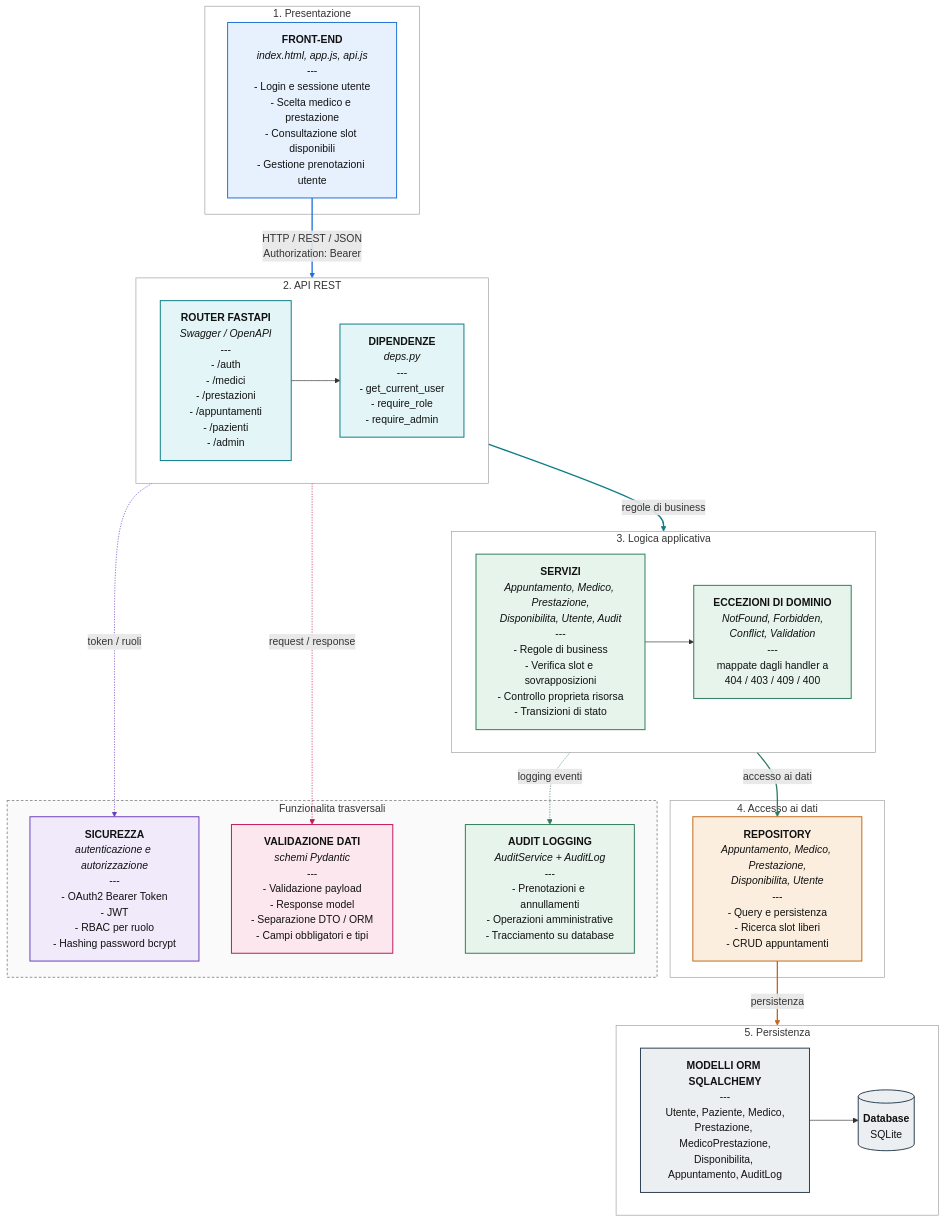
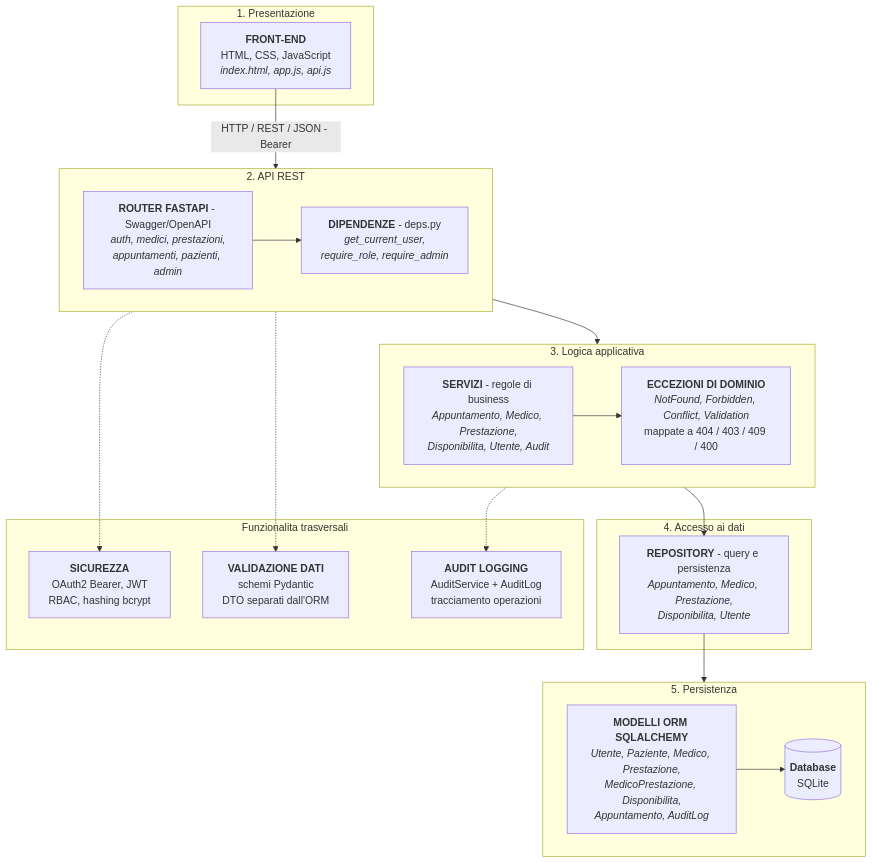
Before and after one commit to giovannicarrino-2802/PW16: the diagram in poliambulatorio-prenotazioni/docs/architettura.md, drawn with Mermaid.

````diff
--- a/poliambulatorio-prenotazioni/docs/architettura.md
+++ b/poliambulatorio-prenotazioni/docs/architettura.md
@@ -5,80 +5,47 @@
 ```mermaid
 flowchart TB
 
     subgraph L1["1. Presentazione"]
-        FE["<b>FRONT-END</b><br/><i>index.html, app.js, api.js</i><br/>---<br/>- Login e sessione utente<br/>- Scelta medico e prestazione<br/>- Consultazione slot disponibili<br/>- Gestione prenotazioni utente"]
+        FE["<b>FRONT-END</b><br/>HTML, CSS, JavaScript<br/><i>index.html, app.js, api.js</i>"]
     end
 
     subgraph L2["2. API REST"]
         direction LR
-        RT["<b>ROUTER FASTAPI</b><br/><i>Swagger / OpenAPI</i><br/>---<br/>- /auth<br/>- /medici<br/>- /prestazioni<br/>- /appuntamenti<br/>- /pazienti<br/>- /admin"]
-        DEP["<b>DIPENDENZE</b><br/><i>deps.py</i><br/>---<br/>- get_current_user<br/>- require_role<br/>- require_admin"]
+        RT["<b>ROUTER FASTAPI</b> - Swagger/OpenAPI<br/><i>auth, medici, prestazioni,<br/>appuntamenti, pazienti, admin</i>"]
+        DEP["<b>DIPENDENZE</b> - deps.py<br/><i>get_current_user,<br/>require_role, require_admin</i>"]
         RT --> DEP
     end
 
     subgraph L3["3. Logica applicativa"]
         direction LR
-        SVC["<b>SERVIZI</b><br/><i>Appuntamento, Medico, Prestazione,<br/>Disponibilita, Utente, Audit</i><br/>---<br/>- Regole di business<br/>- Verifica slot e sovrapposizioni<br/>- Controllo proprieta risorsa<br/>- Transizioni di stato"]
-        EXC["<b>ECCEZIONI DI DOMINIO</b><br/><i>NotFound, Forbidden,<br/>Conflict, Validation</i><br/>---<br/>mappate dagli handler a<br/>404 / 403 / 409 / 400"]
+        SVC["<b>SERVIZI</b> - regole di business<br/><i>Appuntamento, Medico, Prestazione,<br/>Disponibilita, Utente, Audit</i>"]
+        EXC["<b>ECCEZIONI DI DOMINIO</b><br/><i>NotFound, Forbidden, Conflict, Validation</i><br/>mappate a 404 / 403 / 409 / 400"]
         SVC --> EXC
     end
 
     subgraph L4["4. Accesso ai dati"]
-        REP["<b>REPOSITORY</b><br/><i>Appuntamento, Medico, Prestazione,<br/>Disponibilita, Utente</i><br/>---<br/>- Query e persistenza<br/>- Ricerca slot liberi<br/>- CRUD appuntamenti"]
+        REP["<b>REPOSITORY</b> - query e persistenza<br/><i>Appuntamento, Medico, Prestazione,<br/>Disponibilita, Utente</i>"]
     end
 
     subgraph L5["5. Persistenza"]
         direction LR
-        ORM["<b>MODELLI ORM SQLALCHEMY</b><br/>---<br/>Utente, Paziente, Medico,<br/>Prestazione, MedicoPrestazione,<br/>Disponibilita, Appuntamento, AuditLog"]
+        ORM["<b>MODELLI ORM SQLALCHEMY</b><br/><i>Utente, Paziente, Medico, Prestazione,<br/>MedicoPrestazione, Disponibilita,<br/>Appuntamento, AuditLog</i>"]
         DB[("<b>Database</b><br/>SQLite")]
         ORM --> DB
     end
 
     subgraph TRA["Funzionalita trasversali"]
-        SEC["<b>SICUREZZA</b><br/><i>autenticazione e autorizzazione</i><br/>---<br/>- OAuth2 Bearer Token<br/>- JWT<br/>- RBAC per ruolo<br/>- Hashing password bcrypt"]
-        VAL["<b>VALIDAZIONE DATI</b><br/><i>schemi Pydantic</i><br/>---<br/>- Validazione payload<br/>- Response model<br/>- Separazione DTO / ORM<br/>- Campi obbligatori e tipi"]
-        AUD["<b>AUDIT LOGGING</b><br/><i>AuditService + AuditLog</i><br/>---<br/>- Prenotazioni e annullamenti<br/>- Operazioni amministrative<br/>- Tracciamento su database"]
+        SEC["<b>SICUREZZA</b><br/>OAuth2 Bearer, JWT<br/>RBAC, hashing bcrypt"]
+        VAL["<b>VALIDAZIONE DATI</b><br/>schemi Pydantic<br/>DTO separati dall'ORM"]
+        AUD["<b>AUDIT LOGGING</b><br/>AuditService + AuditLog<br/>tracciamento operazioni"]
     end
 
-    FE -->|"HTTP / REST / JSON<br/>Authorization: Bearer"| RT
-    RT -->|"regole di business"| SVC
-    SVC -->|"accesso ai dati"| REP
-    REP -->|"persistenza"| ORM
+    FE -->|"HTTP / REST / JSON - Bearer"| RT
+    RT --> SVC
+    SVC --> REP
+    REP --> ORM
 
-    DEP -.->|"token / ruoli"| SEC
-    RT -.->|"request / response"| VAL
-    SVC -.->|"logging eventi"| AUD
-
-    classDef pres fill:#E7F0FD,stroke:#1E6FD9,stroke-width:1.5px,color:#111
-    classDef api fill:#E3F5F6,stroke:#0E7C86,stroke-width:1.5px,color:#111
-    classDef logic fill:#E6F4EC,stroke:#2E7D5B,stroke-width:1.5px,color:#111
-    classDef data fill:#FCEEDF,stroke:#C2681A,stroke-width:1.5px,color:#111
-    classDef pers fill:#ECEFF1,stroke:#2C3E50,stroke-width:1.5px,color:#111
-    classDef sec fill:#F0EAFB,stroke:#6A3DBF,stroke-width:1.5px,color:#111
-    classDef val fill:#FCE7EF,stroke:#C2185B,stroke-width:1.5px,color:#111
-    classDef aud fill:#E6F4EC,stroke:#2E7D5B,stroke-width:1.5px,color:#111
-
-    class FE pres
-    class RT,DEP api
-    class SVC,EXC logic
-    class REP data
-    class ORM,DB pers
-    class SEC sec
-    class VAL val
-    class AUD aud
-
-    linkStyle 3 stroke:#1E6FD9,stroke-width:2px
-    linkStyle 4 stroke:#0E7C86,stroke-width:2px
-    linkStyle 5 stroke:#2E7D5B,stroke-width:2px
-    linkStyle 6 stroke:#C2681A,stroke-width:2px
-    linkStyle 7 stroke:#6A3DBF
-    linkStyle 8 stroke:#C2185B
-    linkStyle 9 stroke:#2E7D5B
-
-    style L1 fill:#FFFFFF,stroke:#9E9E9E
-    style L2 fill:#FFFFFF,stroke:#9E9E9E
-    style L3 fill:#FFFFFF,stroke:#9E9E9E
-    style L4 fill:#FFFFFF,stroke:#9E9E9E
-    style L5 fill:#FFFFFF,stroke:#9E9E9E
-    style TRA fill:#FAFAFA,stroke:#616161,stroke-dasharray: 4 3
+    DEP -.-> SEC
+    RT -.-> VAL
+    SVC -.-> AUD
 ```
````
